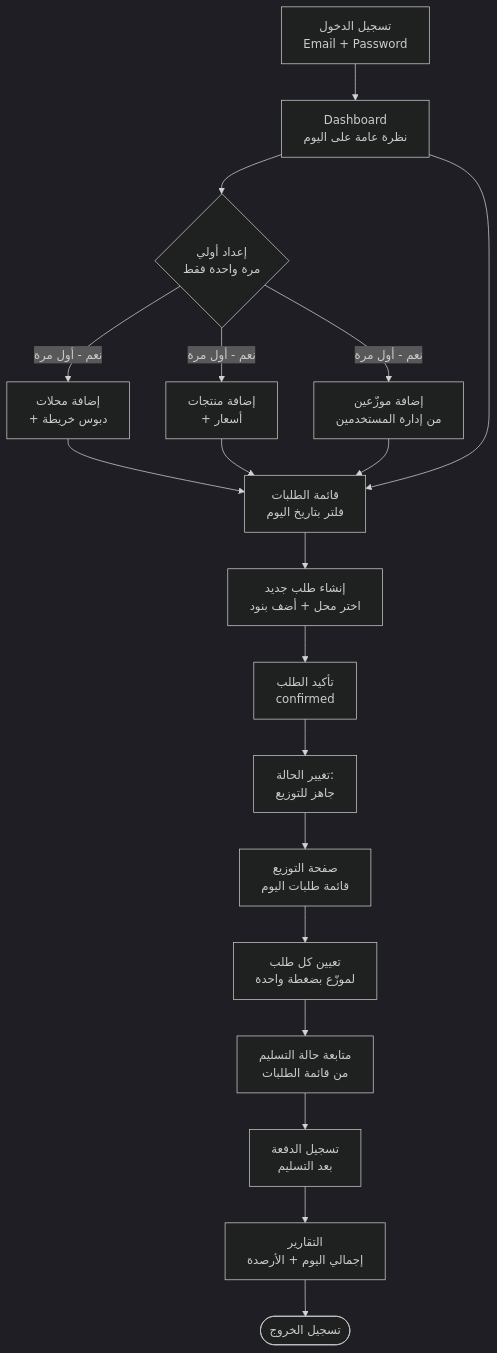
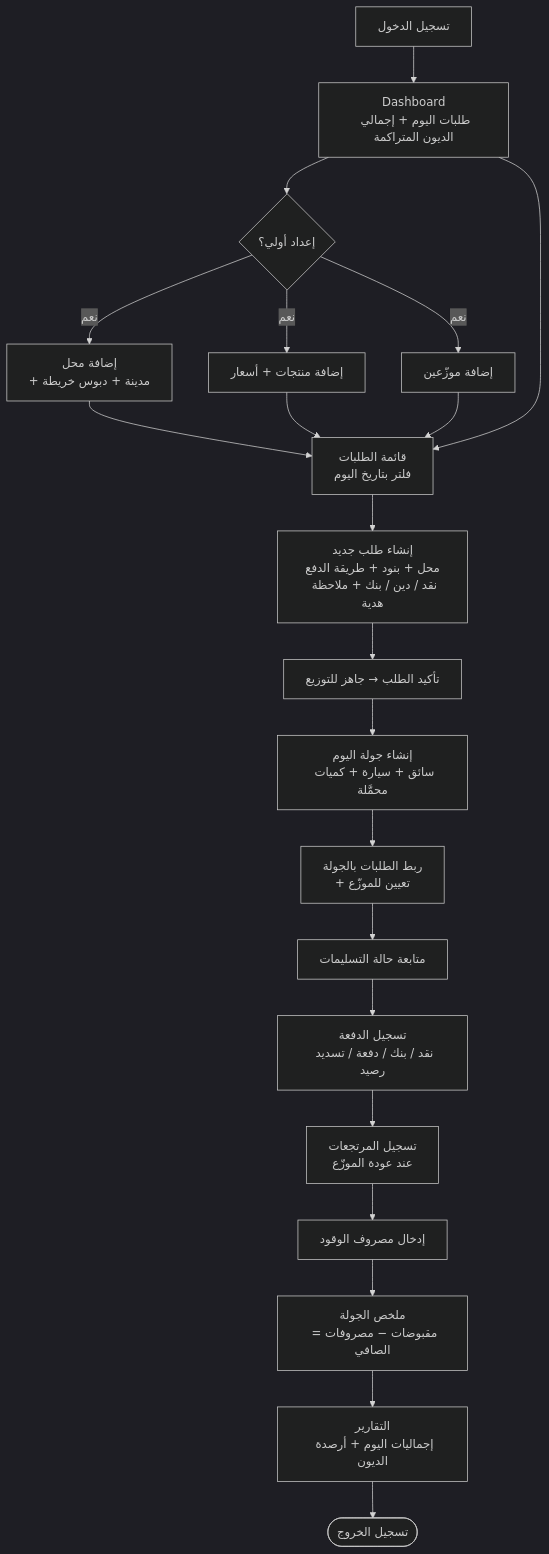
Before and after one commit to bittarwork/Bakery-management-system_BMS: the first of 3 diagrams in MAIN-Plan.md, drawn with Mermaid (dark theme). The commit also changed other lines of this file and 1 other file, not shown here.

````diff
--- a/MAIN-Plan.md
+++ b/MAIN-Plan.md
@@ -209,21 +315,23 @@
 ```mermaid
 flowchart TD
-    L[تسجيل الدخول\nEmail + Password] --> DA[Dashboard\nنظرة عامة على اليوم]
+    L[تسجيل الدخول] --> DA[Dashboard\nطلبات اليوم + إجمالي الديون المتراكمة]
 
-    DA --> SETUP{إعداد أولي\nمرة واحدة فقط}
-    SETUP -->|نعم - أول مرة| S1[إضافة محلات\n+ دبوس خريطة]
-    SETUP -->|نعم - أول مرة| S2[إضافة منتجات\n+ أسعار]
-    SETUP -->|نعم - أول مرة| S3[إضافة موزّعين\nمن إدارة المستخدمين]
+    DA --> SETUP{إعداد أولي؟}
+    SETUP -->|نعم| S1[إضافة محل\n+ مدينة + دبوس خريطة]
+    SETUP -->|نعم| S2[إضافة منتجات + أسعار]
+    SETUP -->|نعم| S3[إضافة موزّعين]
     S1 & S2 & S3 --> DAILY
 
     DA --> DAILY[قائمة الطلبات\nفلتر بتاريخ اليوم]
-    DAILY --> O1[إنشاء طلب جديد\nاختر محل + أضف بنود]
-    O1 --> O2[تأكيد الطلب\nconfirmed]
-    O2 --> O3[تغيير الحالة:\nجاهز للتوزيع]
-    O3 --> DIST[صفحة التوزيع\nقائمة طلبات اليوم]
-    DIST --> ASSIGN[تعيين كل طلب\nلموزّع بضغطة واحدة]
-    ASSIGN --> MONITOR[متابعة حالة التسليم\nمن قائمة الطلبات]
-    MONITOR --> PAY[تسجيل الدفعة\nبعد التسليم]
-    PAY --> REP[التقارير\nإجمالي اليوم + الأرصدة]
+    DAILY --> O1[إنشاء طلب جديد\nمحل + بنود + طريقة الدفع\nنقد / دين / بنك + ملاحظة هدية]
+    O1 --> O2[تأكيد الطلب → جاهز للتوزيع]
+    O2 --> RR[إنشاء جولة اليوم\nسائق + سيارة + كميات محمَّلة]
+    RR --> ASSIGN[ربط الطلبات بالجولة\n+ تعيين للموزّع]
+    ASSIGN --> MONITOR[متابعة حالة التسليمات]
+    MONITOR --> PAY[تسجيل الدفعة\nنقد / بنك / دفعة / تسديد رصيد]
+    PAY --> RET[تسجيل المرتجعات\nعند عودة الموزّع]
+    RET --> EXP[إدخال مصروف الوقود]
+    EXP --> SUMMARY[ملخص الجولة\nمقبوضات − مصروفات = الصافي]
+    SUMMARY --> REP[التقارير\nإجماليات اليوم + أرصدة الديون]
     REP --> END([تسجيل الخروج])
 ```
````
